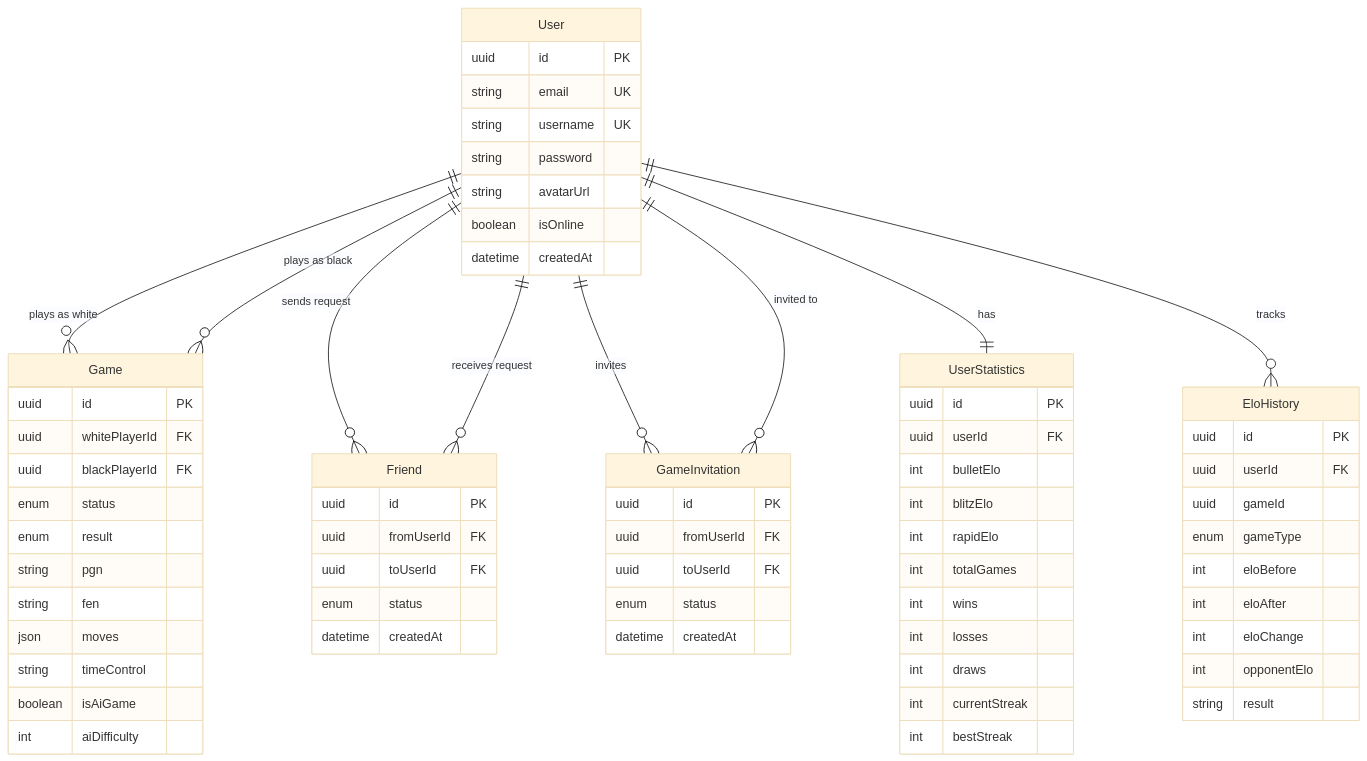
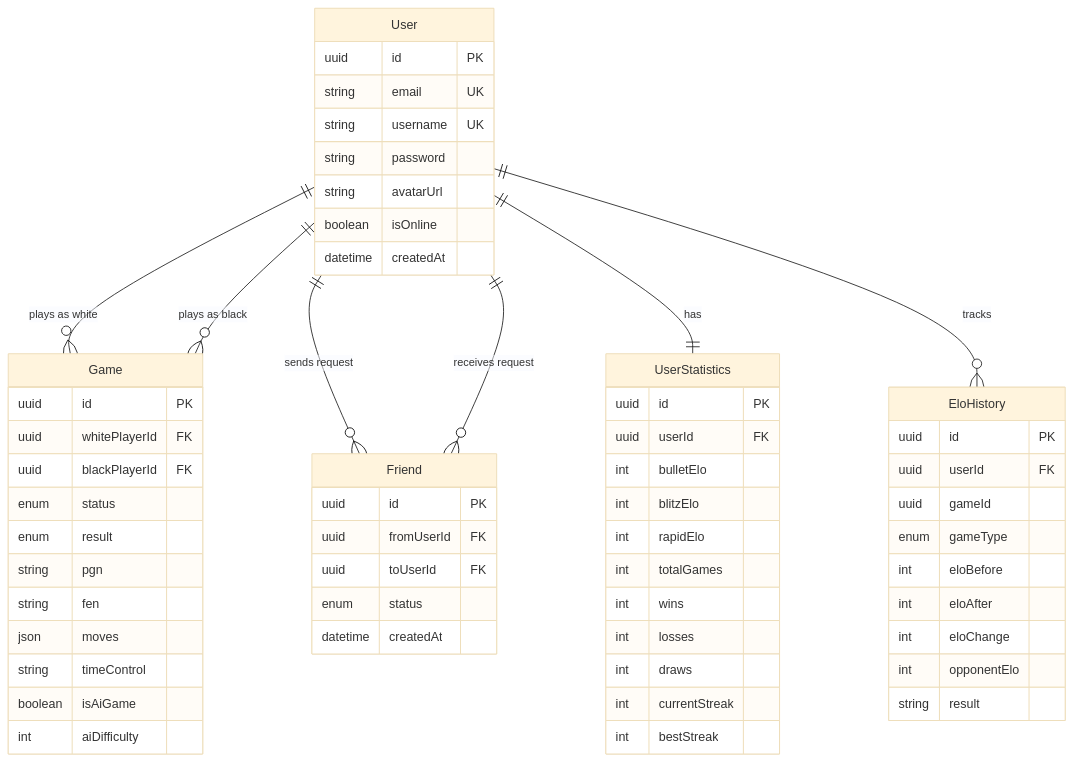
One commit to LilBoooopp/transcendence changed the diagram in README.md. Above: the diagram before and after it, drawn with Mermaid (base theme). The commit also changed other lines of this file and 1 other file, not shown here.

Commit message:
cleanup game invitation

````diff
--- a/README.md
+++ b/README.md
@@ -134,77 +134,67 @@
 ```mermaid
 erDiagram
   User ||--o{ Game : "plays as white"
   User ||--o{ Game : "plays as black"
   User ||--o{ Friend : "sends request"
   User ||--o{ Friend : "receives request"
-  User ||--o{ GameInvitation : "invites"
-  User ||--o{ GameInvitation : "invited to"
   User ||--|| UserStatistics : "has"
   User ||--o{ EloHistory : "tracks"
 
   User {
     uuid id PK
     string email UK
     string username UK
     string password
     string avatarUrl
     boolean isOnline
     datetime createdAt
   }
 
   Game {
     uuid id PK
     uuid whitePlayerId FK
     uuid blackPlayerId FK
     enum status
     enum result
     string pgn
     string fen
     json moves
     string timeControl
     boolean isAiGame
     int aiDifficulty
   }
 
   Friend {
     uuid id PK
     uuid fromUserId FK
     uuid toUserId FK
     enum status
     datetime createdAt
   }
 
-  GameInvitation {
-    uuid id PK
-    uuid fromUserId FK
-    uuid toUserId FK
-    enum status
-    datetime createdAt
-  }
-
   UserStatistics {
     uuid id PK
     uuid userId FK
     int bulletElo
     int blitzElo
     int rapidElo
     int totalGames
     int wins
     int losses
     int draws
     int currentStreak
     int bestStreak
   }
 
   EloHistory {
     uuid id PK
     uuid userId FK
     uuid gameId
     enum gameType
     int eloBefore
     int eloAfter
     int eloChange
     int opponentElo
     string result
   }
 ```
````
